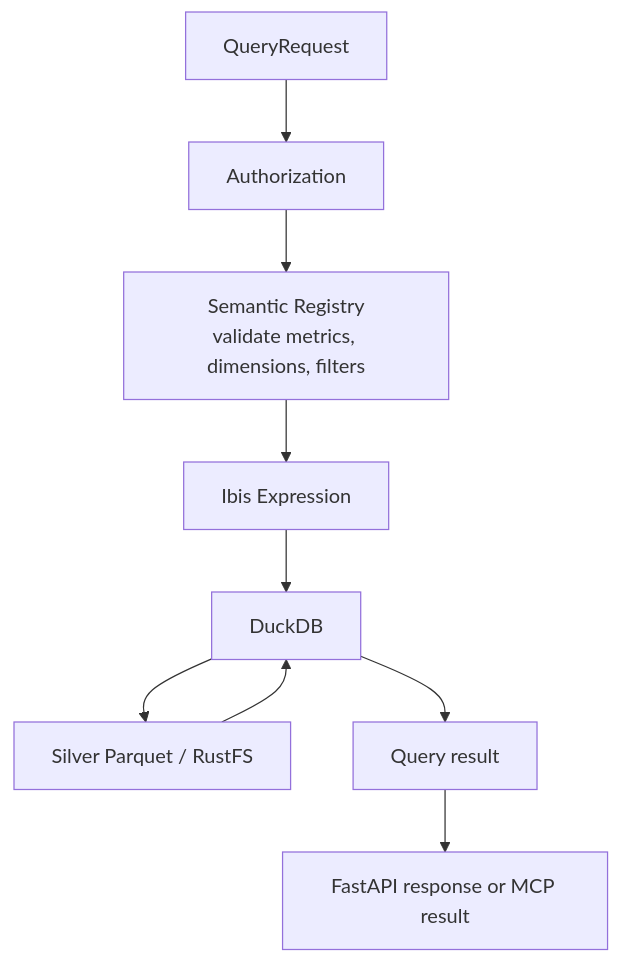
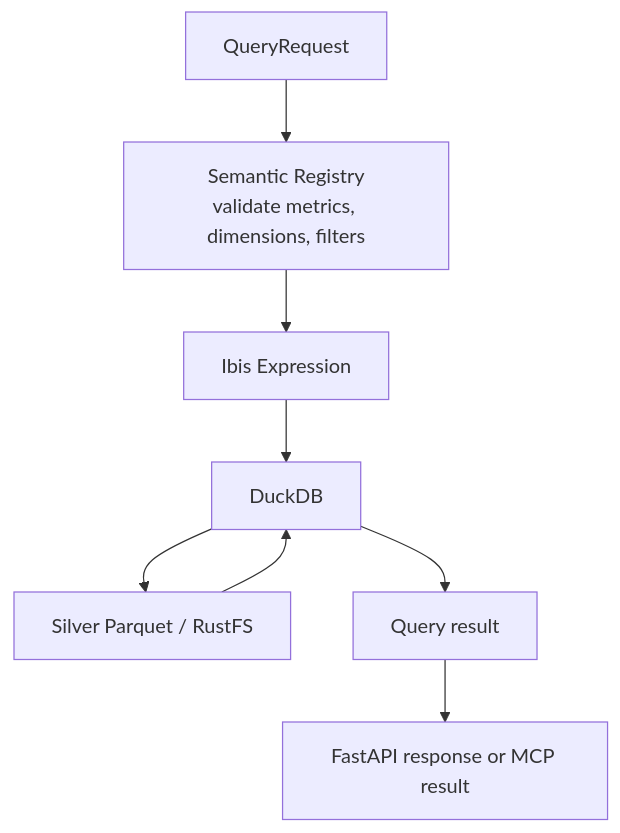
One commit to maichanchinh/Analytic-Sora-SemanticLayer changed the second of 3 diagrams in docs/ARCHITECTURE.md. Above: the diagram before and after it, drawn with Mermaid. The commit also changed other lines of this file and 14 other files, not shown here.

````diff
--- a/docs/ARCHITECTURE.md
+++ b/docs/ARCHITECTURE.md
@@ -163,11 +162,10 @@
 ```mermaid
 flowchart TD
-    Request[QueryRequest] --> Authorization[Authorization]
-    Authorization --> Registry[Semantic Registry\nvalidate metrics, dimensions, filters]
+    Request[QueryRequest] --> Registry[Semantic Registry\nvalidate metrics, dimensions, filters]
     Registry --> Expression[Ibis Expression]
     Expression --> Engine[DuckDB]
     Engine --> Files[Silver Parquet / RustFS]
     Files --> Engine
     Engine --> Result[Query result]
     Result --> Consumer[FastAPI response or MCP result]
 ```
````
